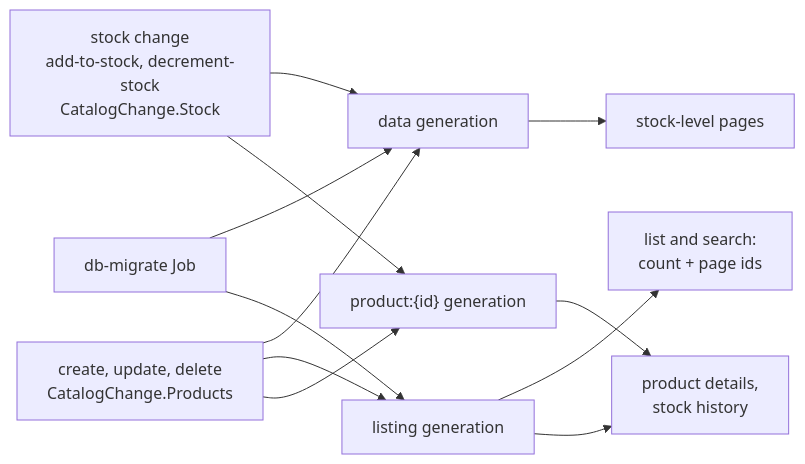
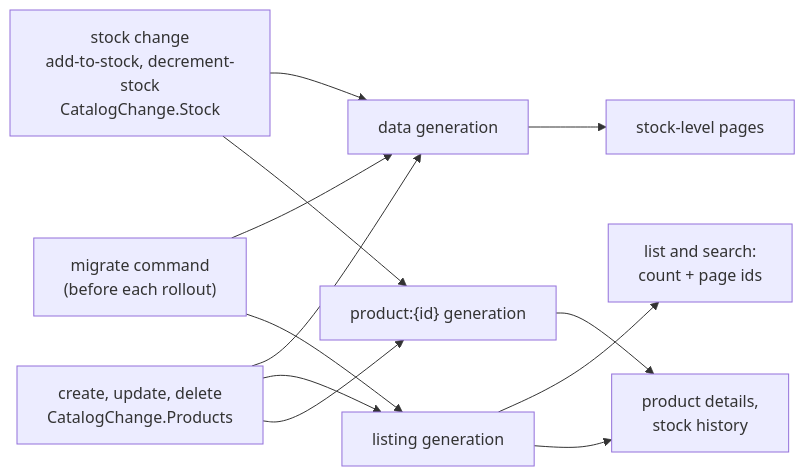
Before and after one commit to RubenCipriano/zeiss-product-management: the third of 19 diagrams in docs/flows.md, drawn with Mermaid. The commit also changed other lines of this file and 50 other files, not shown here.

````diff
--- a/docs/flows.md
+++ b/docs/flows.md
@@ -81,19 +82,19 @@
 ```mermaid
 flowchart LR
     stock["stock change<br/>add-to-stock, decrement-stock<br/>CatalogChange.Stock"]
     edit["create, update, delete<br/>CatalogChange.Products"]
-    mig["db-migrate Job"]
+    mig["migrate command<br/>(before each rollout)"]
 
     dg["data generation"]
     lg["listing generation"]
     pgen["product:{id} generation"]
 
     stock --> dg & pgen
     edit --> dg & lg & pgen
     mig --> dg & lg
 
     dg --> sl["stock-level pages"]
     lg --> lists["list and search:<br/>count + page ids"]
     lg --> det["product details,<br/>stock history"]
     pgen --> det
 ```
````
